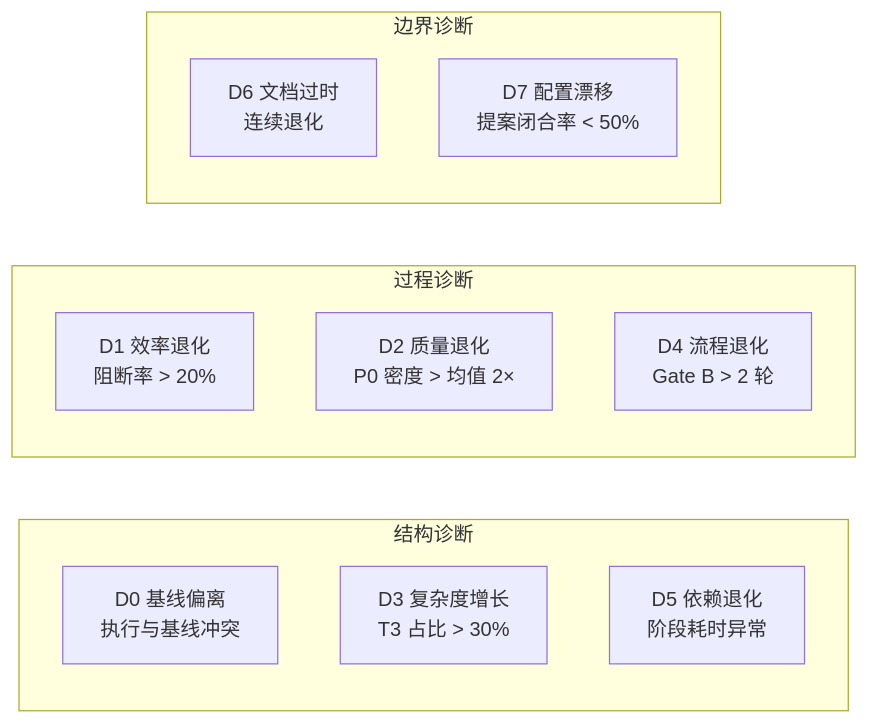
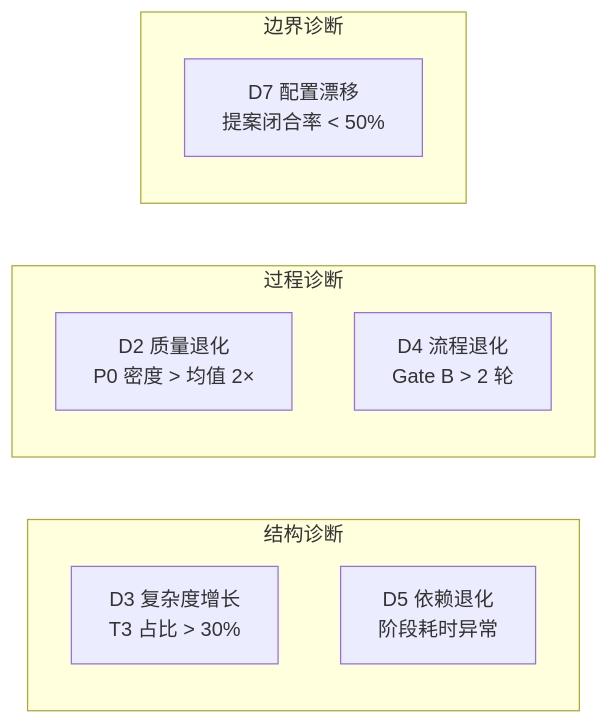
The fifth of 11 diagrams in rules/self-improve.md (effiy/YrY), drawn with Mermaid before and after one commit. The commit also changed other lines of this file and 42 other files, not shown here.

First line of the commit message:
feat: apply Mermaid authoring rules (M1-M12) across entire codebase

````diff
--- a/rules/self-improve.md
+++ b/rules/self-improve.md
@@ -103,18 +115,19 @@
 ```mermaid
 flowchart LR
     subgraph 结构["结构诊断"]
-        D0["D0 基线偏离<br/>执行与基线冲突"]:::diag
+        direction TB
         D3["D3 复杂度增长<br/>T3 占比 > 30%"]:::diag
         D5["D5 依赖退化<br/>阶段耗时异常"]:::diag
     end
     subgraph 过程["过程诊断"]
-        D1["D1 效率退化<br/>阻断率 > 20%"]:::diag
+        direction TB
         D2["D2 质量退化<br/>P0 密度 > 均值 2×"]:::diag
         D4["D4 流程退化<br/>Gate B > 2 轮"]:::diag
     end
     subgraph 边界["边界诊断"]
-        D6["D6 文档过时<br/>连续退化"]:::diag
+        direction TB
         D7["D7 配置漂移<br/>提案闭合率 < 50%"]:::diag
     end
 
+
 ```
````
